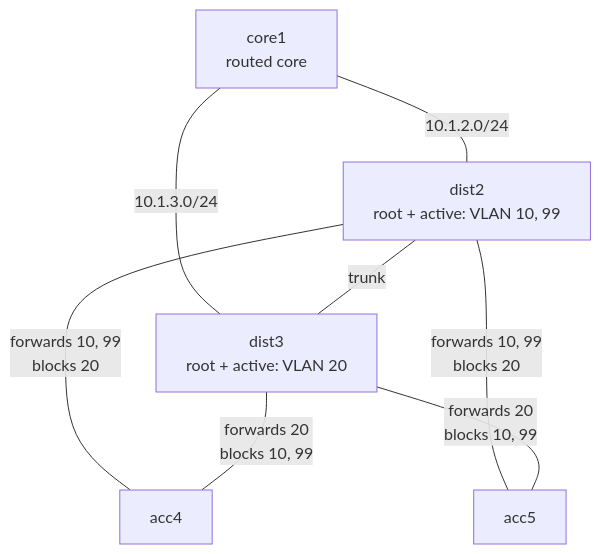
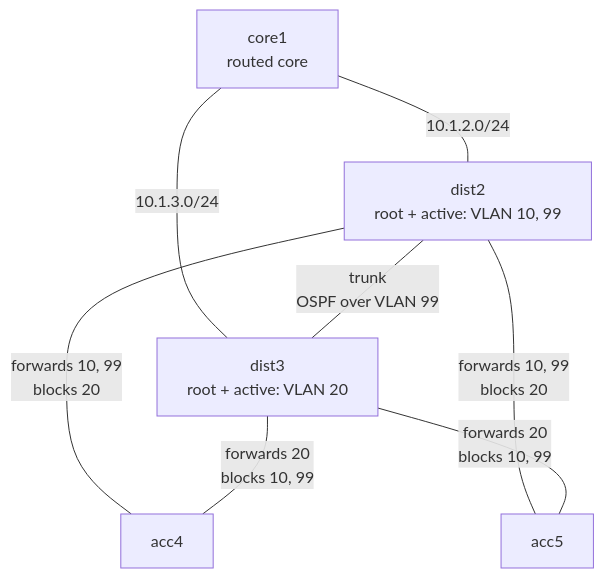
The diagram in recipes/enterprise/campus-3-tier/README.md (dr-stutters/cml-cookbook), drawn with Mermaid before and after one commit. The commit also changed other lines of this file and 34 other files, not shown here.

````diff
--- a/recipes/enterprise/campus-3-tier/README.md
+++ b/recipes/enterprise/campus-3-tier/README.md
@@ -11,15 +11,15 @@
 ```mermaid
 graph TB
   core1["core1<br/>routed core"]
   dist2["dist2<br/>root + active: VLAN 10, 99"]
   dist3["dist3<br/>root + active: VLAN 20"]
   acc4["acc4"]
   acc5["acc5"]
   core1 ---|10.1.2.0/24| dist2
   core1 ---|10.1.3.0/24| dist3
-  dist2 ---|trunk| dist3
+  dist2 ---|"trunk<br/>OSPF over VLAN 99"| dist3
   dist2 ---|"forwards 10, 99<br/>blocks 20"| acc4
   dist3 ---|"forwards 20<br/>blocks 10, 99"| acc4
   dist2 ---|"forwards 10, 99<br/>blocks 20"| acc5
   dist3 ---|"forwards 20<br/>blocks 10, 99"| acc5
 ```
````
